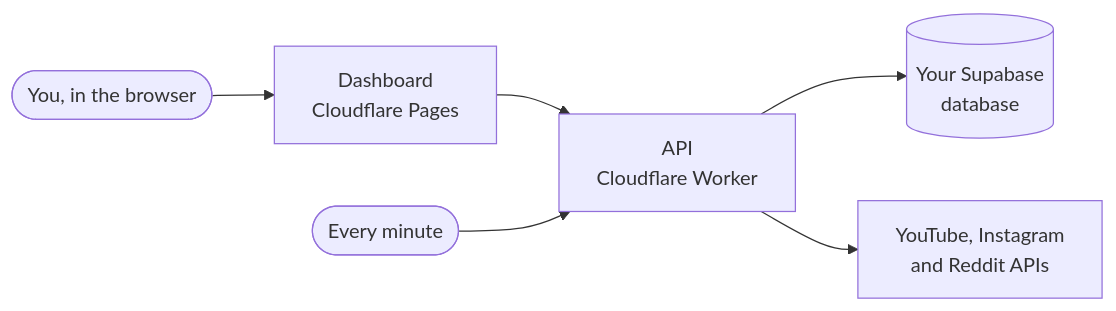
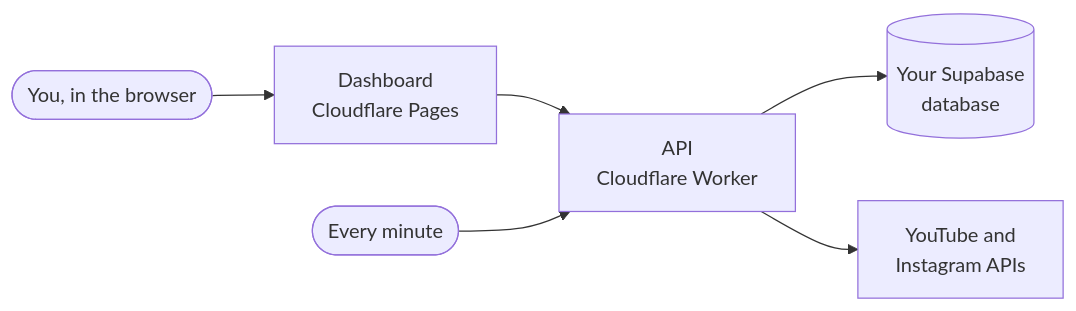
The diagram in README.md (spacesdrive/twiligent), drawn with Mermaid before and after one commit. The commit also changed other lines of this file and 40 other files, not shown here.

First line of the commit message:
docs: describe Twiligent with YouTube and Instagram only

````diff
--- a/README.md
+++ b/README.md
@@ -89,8 +89,8 @@
 ```mermaid
 flowchart LR
     You([You, in the browser]) --> App[Dashboard<br/>Cloudflare Pages]
     App --> API[API<br/>Cloudflare Worker]
     API --> DB[(Your Supabase<br/>database)]
-    API --> Platforms[YouTube, Instagram<br/>and Reddit APIs]
+    API --> Platforms[YouTube and<br/>Instagram APIs]
     Clock([Every minute]) --> API
 ```
````
